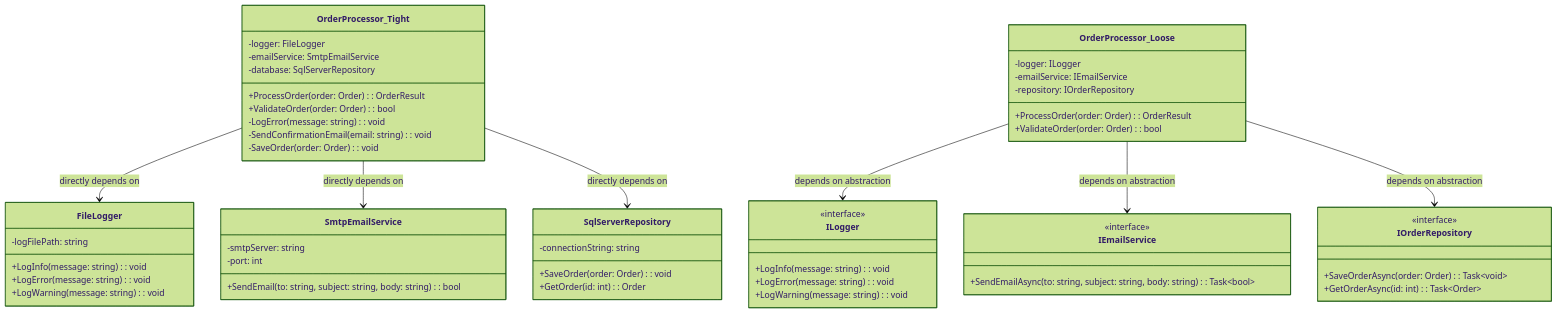
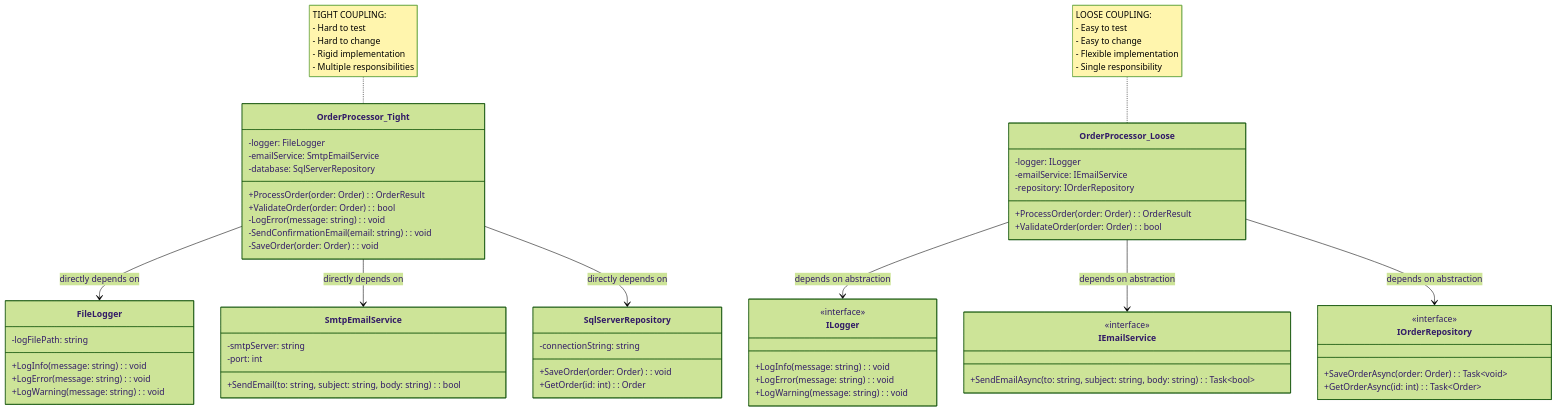
One commit to danangsw/csharp-solid-principles changed the diagram in docs/03-oop-principles/05-coupling.md. Above: the diagram before and after it, drawn with Mermaid (forest theme). The commit also changed other lines of this file and 4 other files, not shown here.

````diff
--- a/docs/03-oop-principles/05-coupling.md
+++ b/docs/03-oop-principles/05-coupling.md
@@ -25,72 +25,76 @@
 ```mermaid
 classDiagram
     %% Tight Coupling Example
     class OrderProcessor_Tight {
         -logger: FileLogger
         -emailService: SmtpEmailService
         -database: SqlServerRepository
         
         +ProcessOrder(order: Order) : OrderResult
         +ValidateOrder(order: Order) : bool
         -LogError(message: string) : void
         -SendConfirmationEmail(email: string) : void
         -SaveOrder(order: Order) : void
     }
     
     class FileLogger {
         -logFilePath: string
         +LogInfo(message: string) : void
         +LogError(message: string) : void
         +LogWarning(message: string) : void
     }
     
     class SmtpEmailService {
         -smtpServer: string
         -port: int
         +SendEmail(to: string, subject: string, body: string) : bool
     }
     
     class SqlServerRepository {
         -connectionString: string
         +SaveOrder(order: Order) : void
         +GetOrder(id: int) : Order
     }
     
     %% Loose Coupling Example
     class OrderProcessor_Loose {
         -logger: ILogger
         -emailService: IEmailService
         -repository: IOrderRepository
         
         +ProcessOrder(order: Order) : OrderResult
         +ValidateOrder(order: Order) : bool
     }
     
     class ILogger {
         <<interface>>
         +LogInfo(message: string) : void
         +LogError(message: string) : void
         +LogWarning(message: string) : void
     }
     
     class IEmailService {
         <<interface>>
         +SendEmailAsync(to: string, subject: string, body: string) : Task~bool~
     }
     
     class IOrderRepository {
         <<interface>>
         +SaveOrderAsync(order: Order) : Task~void~
         +GetOrderAsync(id: int) : Task~Order~
     }
     
     %% Tight coupling relationships
     OrderProcessor_Tight --> FileLogger : directly depends on
     OrderProcessor_Tight --> SmtpEmailService : directly depends on
     OrderProcessor_Tight --> SqlServerRepository : directly depends on
     
     %% Loose coupling relationships
     OrderProcessor_Loose --> ILogger : depends on abstraction
     OrderProcessor_Loose --> IEmailService : depends on abstraction
     OrderProcessor_Loose --> IOrderRepository : depends on abstraction
+
+    note for OrderProcessor_Tight "TIGHT COUPLING:<br/>- Hard to test<br/>- Hard to change<br/>- Rigid implementation<br/>- Multiple responsibilities"
+    
+    note for OrderProcessor_Loose "LOOSE COUPLING:<br/>- Easy to test<br/>- Easy to change<br/>- Flexible implementation<br/>- Single responsibility"
 ```
````
